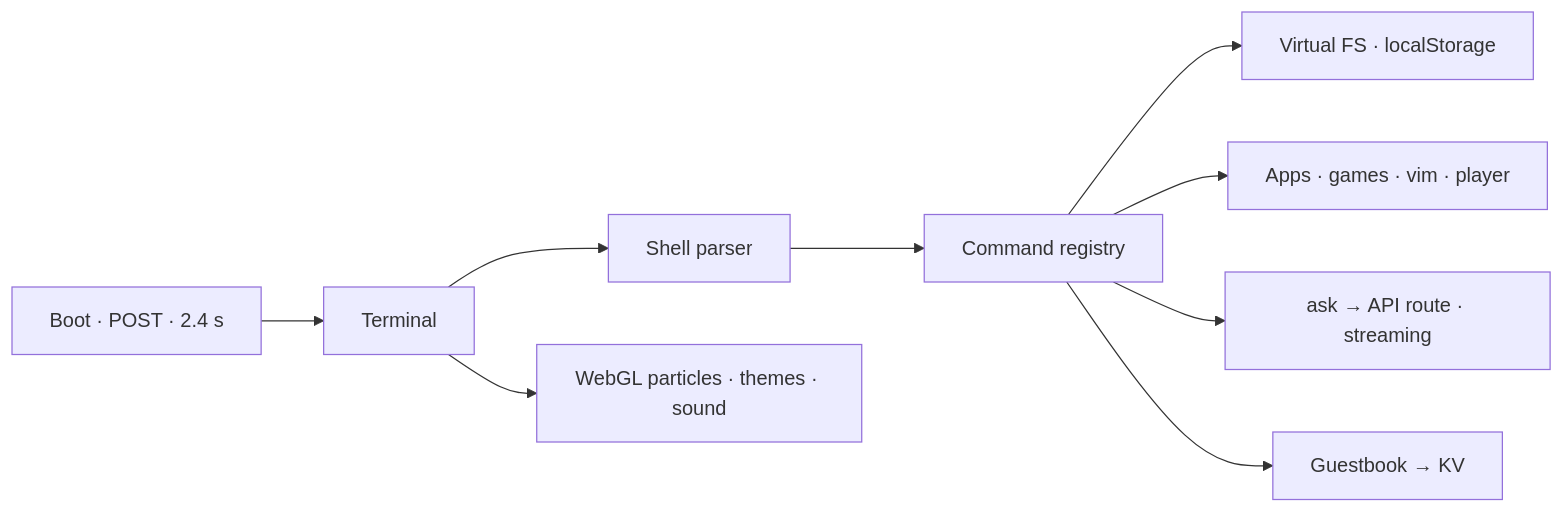
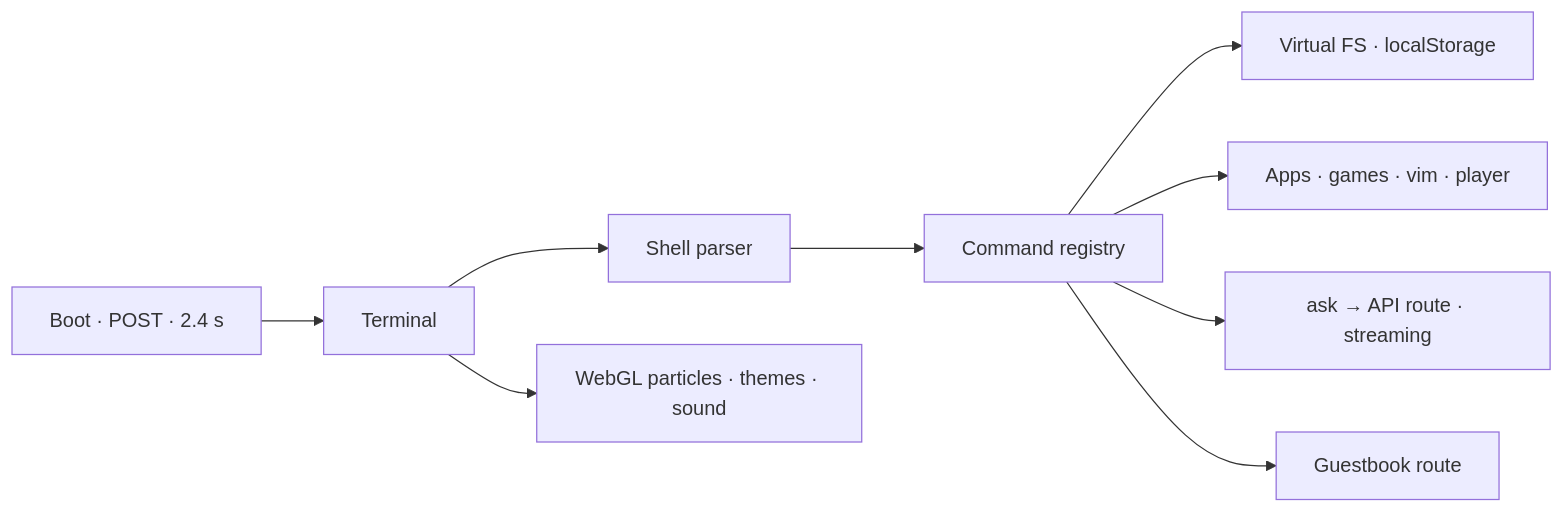
The diagram in README.md (kutluhangil/KUT-OS), drawn with Mermaid before and after one commit. The commit also changed other lines of this file and 3 other files, not shown here.

````diff
--- a/README.md
+++ b/README.md
@@ -53,10 +53,10 @@
 ```mermaid
 flowchart LR
   BOOT[Boot · POST · 2.4 s] --> T[Terminal]
   T --> P[Shell parser] --> REG[Command registry]
   REG --> FS[Virtual FS · localStorage]
   REG --> APPS[Apps · games · vim · player]
   REG --> AI[ask → API route · streaming]
-  REG --> GB[Guestbook → KV]
+  REG --> GB[Guestbook route]
   T --> FX[WebGL particles · themes · sound]
 ```
````
